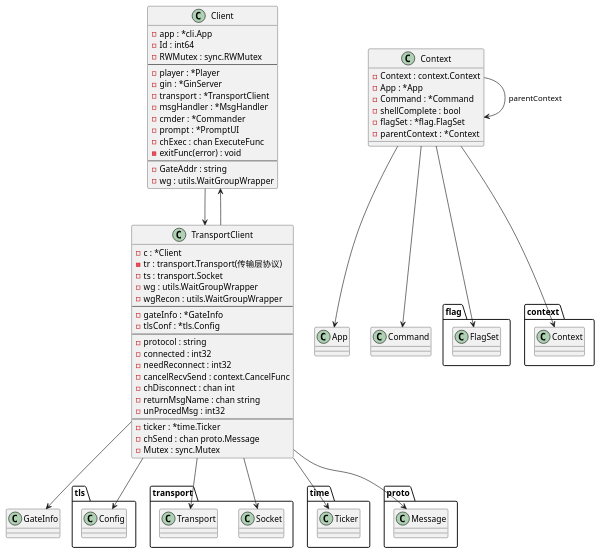
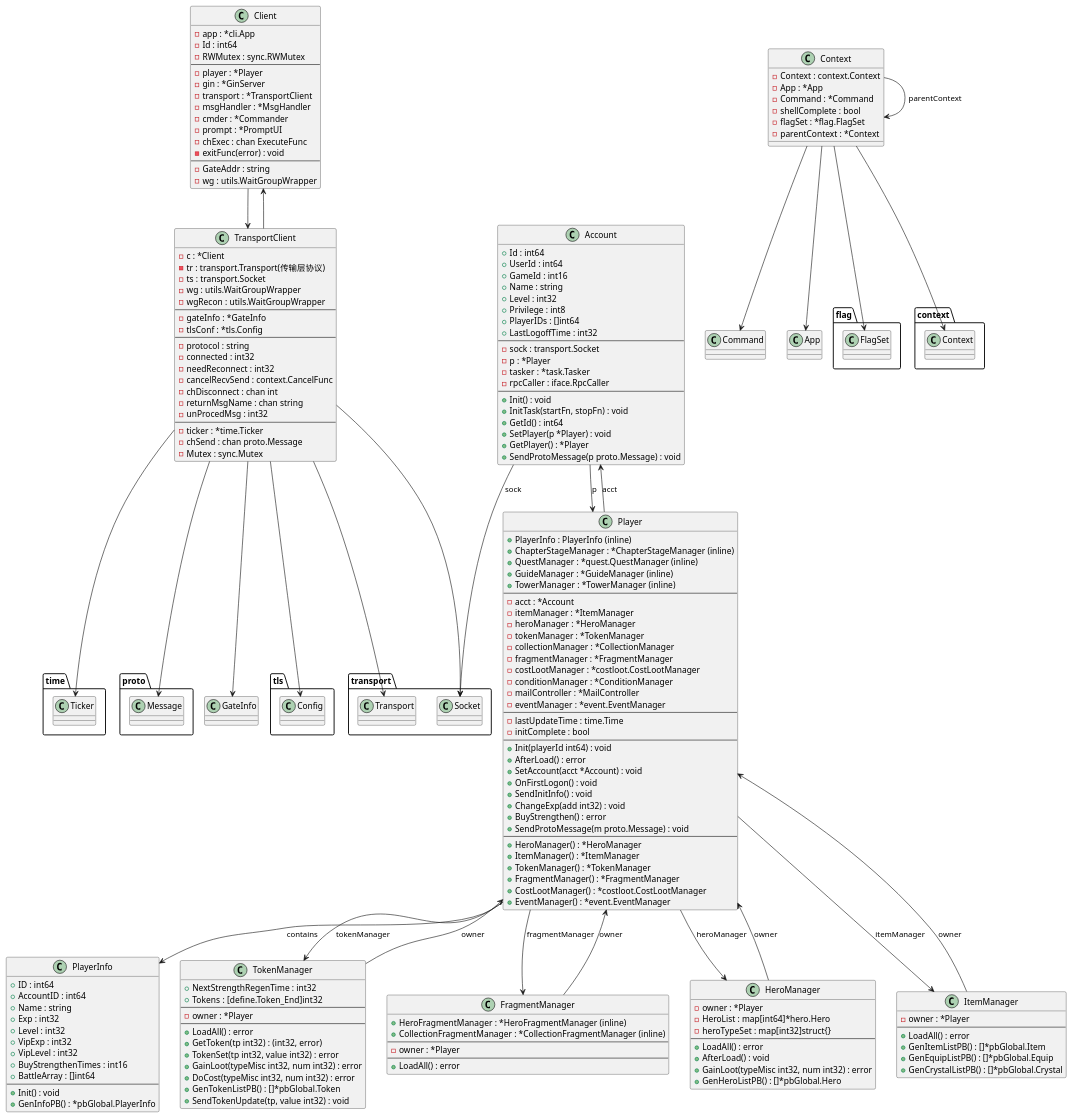
The diagram in umls/classes.puml (SpeitzerPatrick/server), drawn with PlantUML before and after one commit. The commit also changed 12 other files, not shown here.

```diff
--- a/umls/classes.puml
+++ b/umls/classes.puml
@@ -65,4 +65,141 @@
 TransportClient --> time.Ticker
 TransportClient --> proto.Message
 
+' Player System Classes
+class PlayerInfo {
+  + ID : int64
+  + AccountID : int64
+  + Name : string
+  + Exp : int32
+  + Level : int32
+  + VipExp : int32
+  + VipLevel : int32
+  + BuyStrengthenTimes : int16
+  + BattleArray : []int64
+  --
+  + Init() : void
+  + GenInfoPB() : *pbGlobal.PlayerInfo
+}
+
+class Player {
+  + PlayerInfo : PlayerInfo (inline)
+  + ChapterStageManager : *ChapterStageManager (inline)
+  + QuestManager : *quest.QuestManager (inline)
+  + GuideManager : *GuideManager (inline)
+  + TowerManager : *TowerManager (inline)
+  --
+  - acct : *Account
+  - itemManager : *ItemManager
+  - heroManager : *HeroManager
+  - tokenManager : *TokenManager
+  - collectionManager : *CollectionManager
+  - fragmentManager : *FragmentManager
+  - costLootManager : *costloot.CostLootManager
+  - conditionManager : *ConditionManager
+  - mailController : *MailController
+  - eventManager : *event.EventManager
+  --
+  - lastUpdateTime : time.Time
+  - initComplete : bool
+  --
+  + Init(playerId int64) : void
+  + AfterLoad() : error
+  + SetAccount(acct *Account) : void
+  + OnFirstLogon() : void
+  + SendInitInfo() : void
+  + ChangeExp(add int32) : void
+  + BuyStrengthen() : error
+  + SendProtoMessage(m proto.Message) : void
+  --
+  + HeroManager() : *HeroManager
+  + ItemManager() : *ItemManager
+  + TokenManager() : *TokenManager
+  + FragmentManager() : *FragmentManager
+  + CostLootManager() : *costloot.CostLootManager
+  + EventManager() : *event.EventManager
+}
+
+class Account {
+  + Id : int64
+  + UserId : int64
+  + GameId : int16
+  + Name : string
+  + Level : int32
+  + Privilege : int8
+  + PlayerIDs : []int64
+  + LastLogoffTime : int32
+  --
+  - sock : transport.Socket
+  - p : *Player
+  - tasker : *task.Tasker
+  - rpcCaller : iface.RpcCaller
+  --
+  + Init() : void
+  + InitTask(startFn, stopFn) : void
+  + GetId() : int64
+  + SetPlayer(p *Player) : void
+  + GetPlayer() : *Player
+  + SendProtoMessage(p proto.Message) : void
+}
+
+class TokenManager {
+  + NextStrengthRegenTime : int32
+  + Tokens : [define.Token_End]int32
+  --
+  - owner : *Player
+  --
+  + LoadAll() : error
+  + GetToken(tp int32) : (int32, error)
+  + TokenSet(tp int32, value int32) : error
+  + GainLoot(typeMisc int32, num int32) : error
+  + DoCost(typeMisc int32, num int32) : error
+  + GenTokenListPB() : []*pbGlobal.Token
+  + SendTokenUpdate(tp, value int32) : void
+}
+
+class FragmentManager {
+  + HeroFragmentManager : *HeroFragmentManager (inline)
+  + CollectionFragmentManager : *CollectionFragmentManager (inline)
+  --
+  - owner : *Player
+  --
+  + LoadAll() : error
+}
+
+class HeroManager {
+  - owner : *Player
+  - HeroList : map[int64]*hero.Hero
+  - heroTypeSet : map[int32]struct{}
+  --
+  + LoadAll() : error
+  + AfterLoad() : void
+  + GainLoot(typeMisc int32, num int32) : error
+  + GenHeroListPB() : []*pbGlobal.Hero
+}
+
+class ItemManager {
+  - owner : *Player
+  --
+  + LoadAll() : error
+  + GenItemListPB() : []*pbGlobal.Item
+  + GenEquipListPB() : []*pbGlobal.Equip
+  + GenCrystalListPB() : []*pbGlobal.Crystal
+}
+
+' Relationships
+Player --> PlayerInfo : contains
+Player --> Account : acct
+Player --> TokenManager : tokenManager
+Player --> FragmentManager : fragmentManager
+Player --> HeroManager : heroManager
+Player --> ItemManager : itemManager
+
+Account --> Player : p
+Account --> transport.Socket : sock
+
+TokenManager --> Player : owner
+FragmentManager --> Player : owner
+HeroManager --> Player : owner
+ItemManager --> Player : owner
+
 @enduml
```
